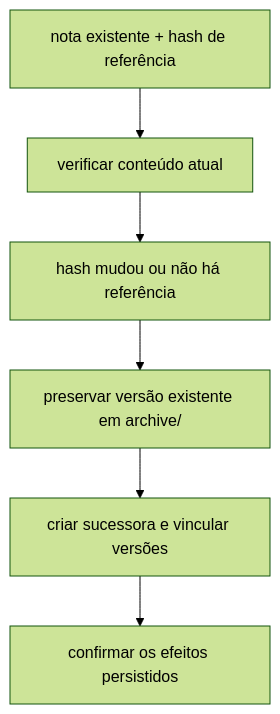
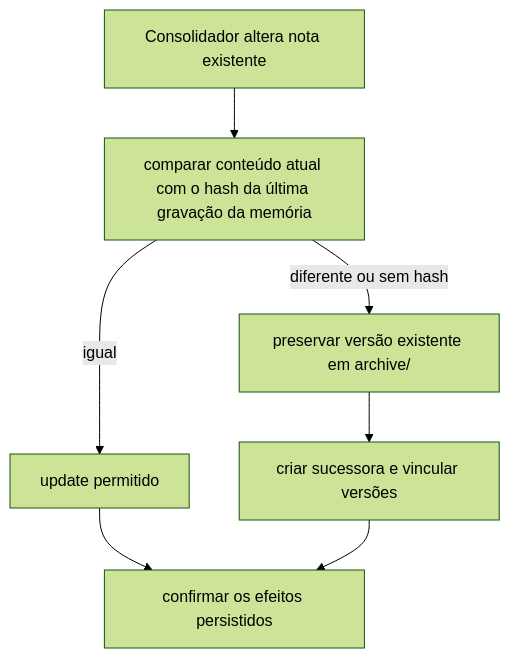
The fifth of 6 diagrams in docs/memory.md (DavyMassoneto/synapse), drawn with Mermaid (forest theme) before and after one commit. The commit also changed other lines of this file, not shown here.

````diff
--- a/docs/memory.md
+++ b/docs/memory.md
@@ -113,8 +134,9 @@
 ```mermaid
 flowchart TD
-    nota["nota existente + hash de referência"] --> verificacao["verificar conteúdo atual"]
-    verificacao --> divergencia["hash mudou ou não há referência"]
-    divergencia --> arquivo["preservar versão existente em archive/"]
+    nota["Consolidador altera nota existente"] --> verificacao["comparar conteúdo atual com o hash da última gravação da memória"]
+    verificacao -->|"igual"| update["update permitido"]
+    verificacao -->|"diferente ou sem hash"| arquivo["preservar versão existente em archive/"]
     arquivo --> sucessora["criar sucessora e vincular versões"]
-    sucessora --> confirmacao["confirmar os efeitos persistidos"]
+    update --> confirmacao["confirmar os efeitos persistidos"]
+    sucessora --> confirmacao
 ```
````
